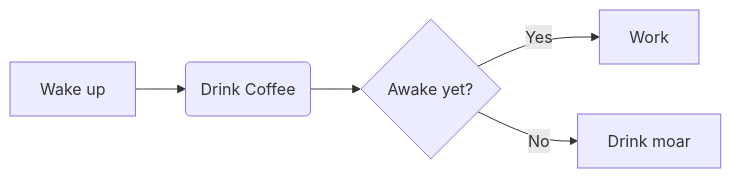
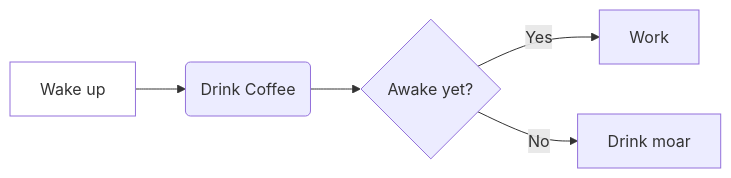
One commit to purpl3f0xtesting/purpl3f0xtesting.github.io changed the first of 2 diagrams in _posts/2019-10-19-test.md. Above: the diagram before and after it, drawn with Mermaid.

```diff
--- a/_posts/2019-10-19-test.md
+++ b/_posts/2019-10-19-test.md
@@ -6,8 +6,8 @@
 <div class="mermaid">
   graph LR
     A[Wake up] --> B(Drink Coffee)
 	B --> C{Awake yet?}
 	C --> |Yes| D[Work]
 	C --> |No| E[Drink moar]
-    style A arrow:#FFFFFF
+    style A fill:#FFFFFF
 </div>
```
